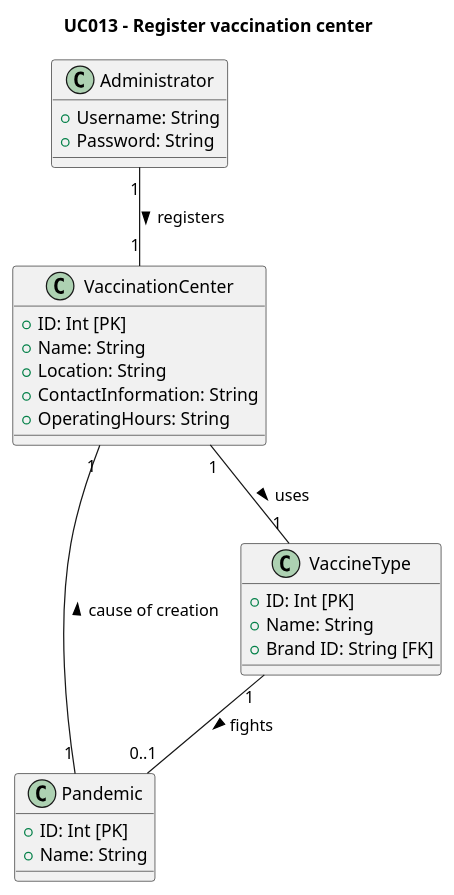
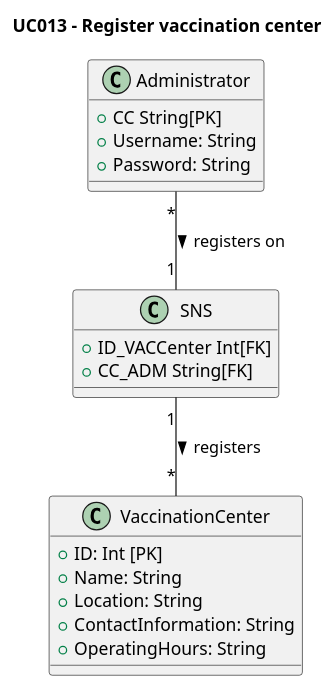
One commit to rafaafig/SnsTrab changed the diagram in sns-base/doc/global/use-cases/UC013/uc-UCD013-DM.puml. Above: the diagram before and after it, drawn with PlantUML.

```diff
--- a/sns-base/doc/global/use-cases/UC013/uc-UCD013-DM.puml
+++ b/sns-base/doc/global/use-cases/UC013/uc-UCD013-DM.puml
@@ -1,37 +1,29 @@
 @startuml
 'skinparam monochrome true
 'skinparam shadowing false
 
 title UC013 - Register vaccination center
 
 class Administrator {
+    +CC String[PK]
     +Username: String
     +Password: String
+}
+class SNS{
+    +ID_VACCenter Int[FK]
+    +CC_ADM String[FK]
 }
 
 class VaccinationCenter {
     +ID: Int [PK]
     +Name: String
     +Location: String
     +ContactInformation: String
     +OperatingHours: String
 }
 
-class Pandemic {
-    +ID: Int [PK]
-    +Name: String
-}
-
-class VaccineType {
-    +ID: Int [PK]
-    +Name: String
-    +Brand ID: String [FK]
-}
-
 ' Relationships
-Administrator "1" -- "1" VaccinationCenter : registers >
-VaccinationCenter "1" -- "1" VaccineType : uses >
-VaccineType "1" -- "0..1" Pandemic : fights >
-VaccinationCenter "1" -- "1" Pandemic : cause of creation <
+Administrator "*" -- "1" SNS : registers on >
+SNS "1" -- "*" VaccinationCenter : registers >
 
 @enduml
```
